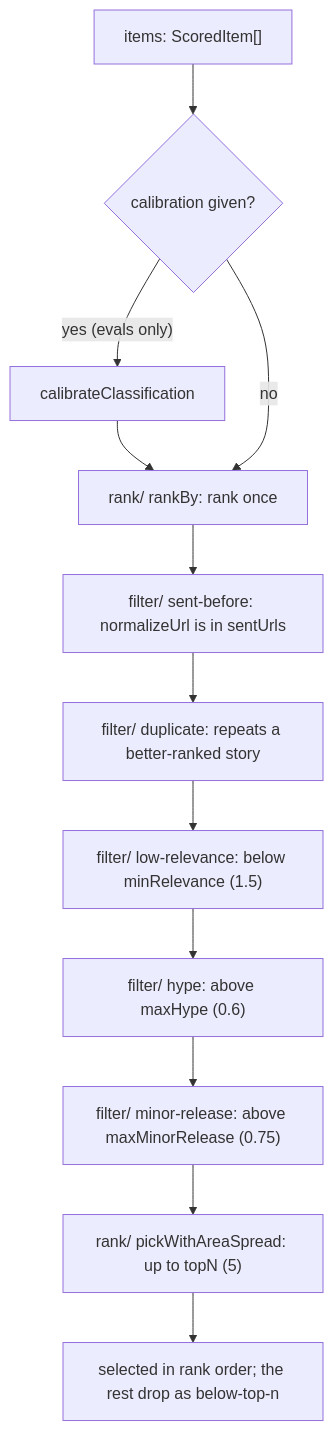
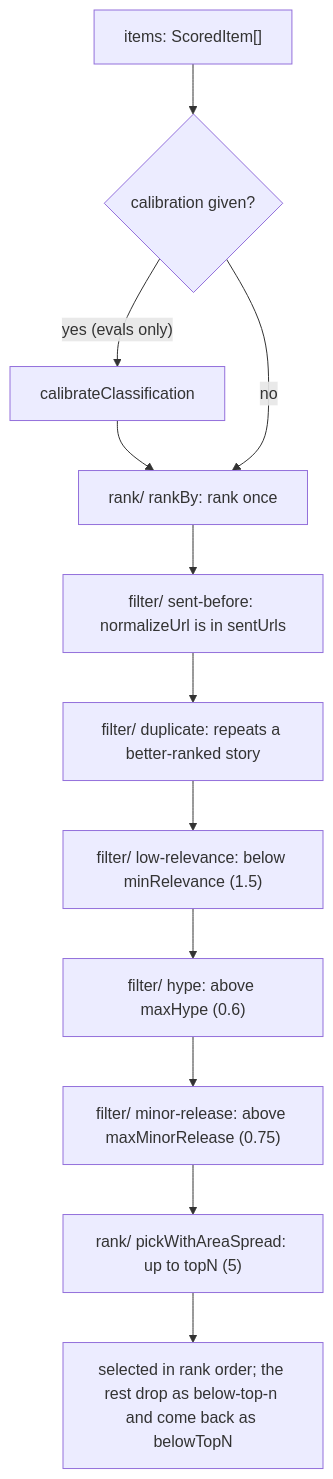
Before and after one commit to odere-pro/weekly-engineering-digest-agent: the second of 2 diagrams in src/process/CLAUDE.md, drawn with Mermaid. The commit also changed other lines of this file and 106 other files, not shown here.

````diff
--- a/src/process/CLAUDE.md
+++ b/src/process/CLAUDE.md
@@ -22,13 +23,13 @@
 ```mermaid
 flowchart TD
   input["items: ScoredItem[]"] --> cal{"calibration given?"}
   cal -->|"yes (evals only)"| calibrate["calibrateClassification"] --> rank
   cal -->|no| rank["rank/ rankBy: rank once"]
   rank --> sent["filter/ sent-before: normalizeUrl is in sentUrls"]
   sent --> dup["filter/ duplicate: repeats a better-ranked story"]
   dup --> low["filter/ low-relevance: below minRelevance (1.5)"]
   low --> hype["filter/ hype: above maxHype (0.6)"]
   hype --> minor["filter/ minor-release: above maxMinorRelease (0.75)"]
   minor --> pick["rank/ pickWithAreaSpread: up to topN (5)"]
-  pick --> out["selected in rank order; the rest drop as below-top-n"]
+  pick --> out["selected in rank order; the rest drop as below-top-n and come back as belowTopN"]
 ```
````
